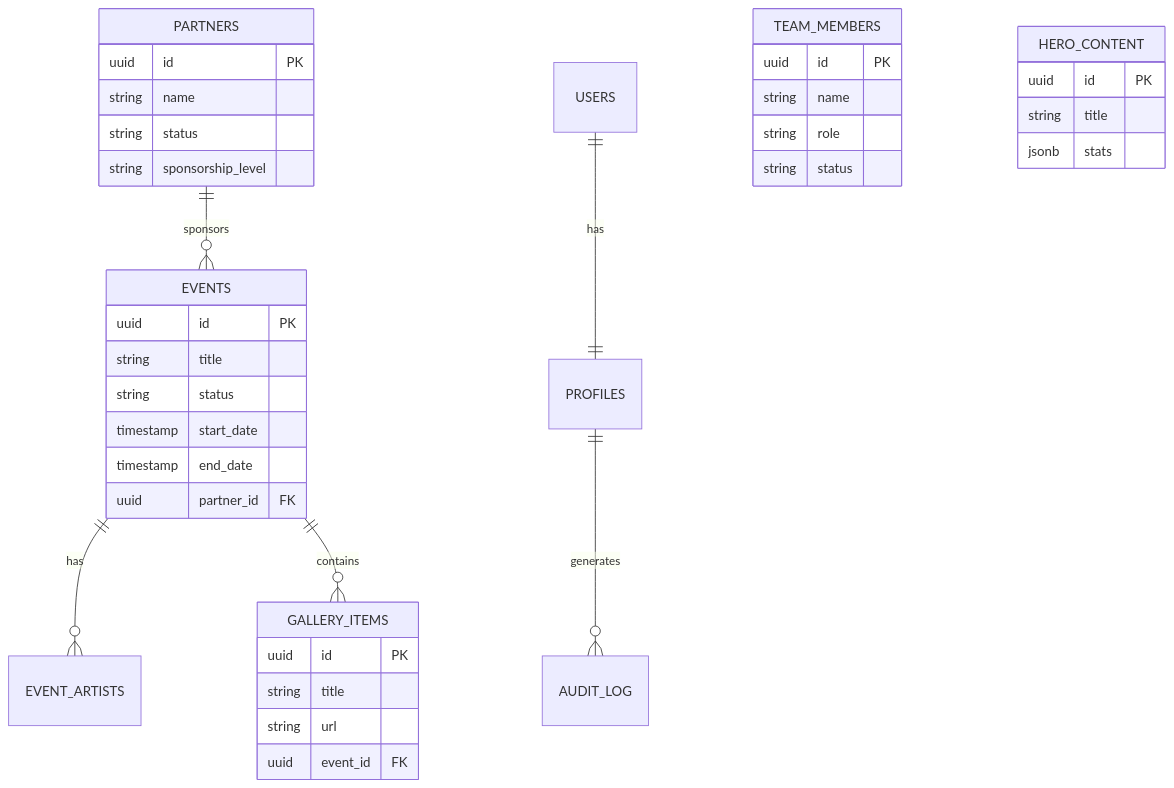
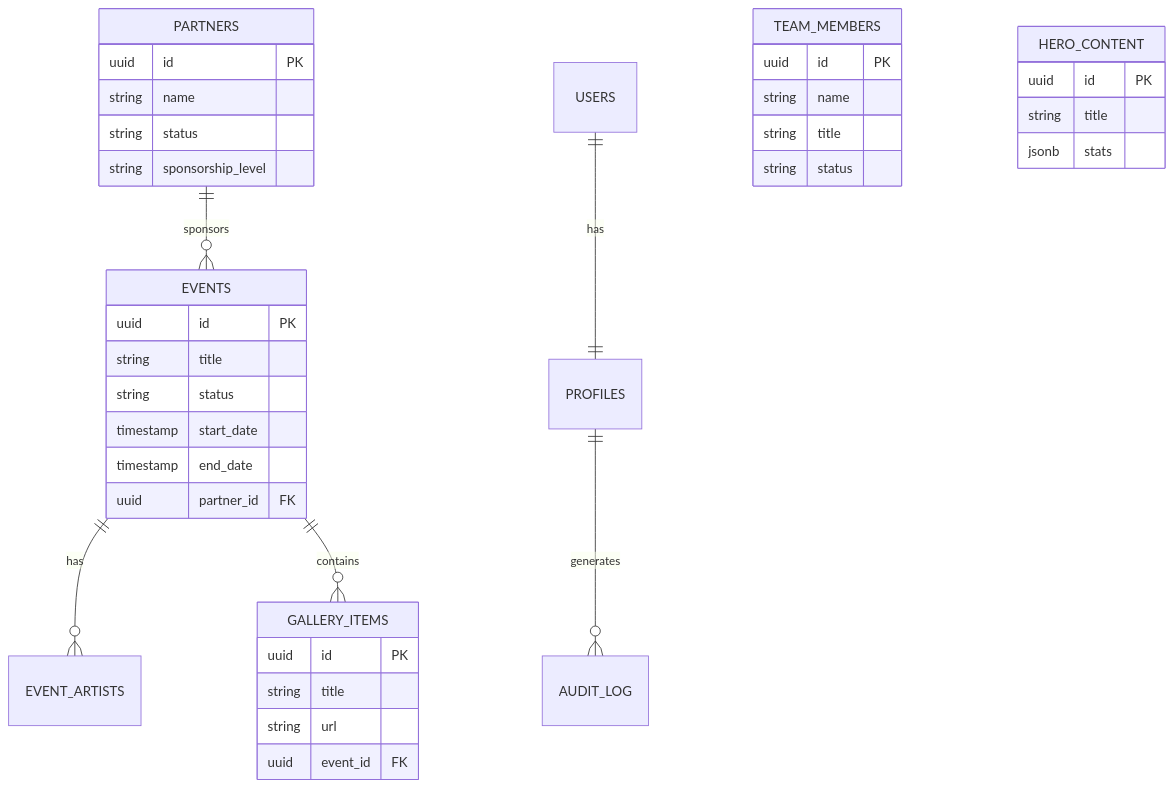
Before and after one commit to itsreiji/wildoutprojectrevamp: the first of 2 diagrams in AGENTS.md, drawn with Mermaid. The commit also changed other lines of this file and 9 other files, not shown here.

````diff
--- a/AGENTS.md
+++ b/AGENTS.md
@@ -63,44 +81,44 @@
 ```mermaid
 erDiagram
     EVENTS ||--o{ EVENT_ARTISTS : has
     EVENTS ||--o{ GALLERY_ITEMS : contains
     PARTNERS ||--o{ EVENTS : sponsors
     USERS ||--|| PROFILES : has
     PROFILES ||--o{ AUDIT_LOG : generates
     
     EVENTS {
         uuid id PK
         string title
         string status
         timestamp start_date
         timestamp end_date
         uuid partner_id FK
     }
     
     PARTNERS {
         uuid id PK
         string name
         string status
         string sponsorship_level
     }
     
     TEAM_MEMBERS {
         uuid id PK
         string name
-        string role
+        string title
         string status
     }
     
     GALLERY_ITEMS {
         uuid id PK
         string title
         string url
         uuid event_id FK
     }
     
     HERO_CONTENT {
         uuid id PK
         string title
         jsonb stats
     }
 ```
````
